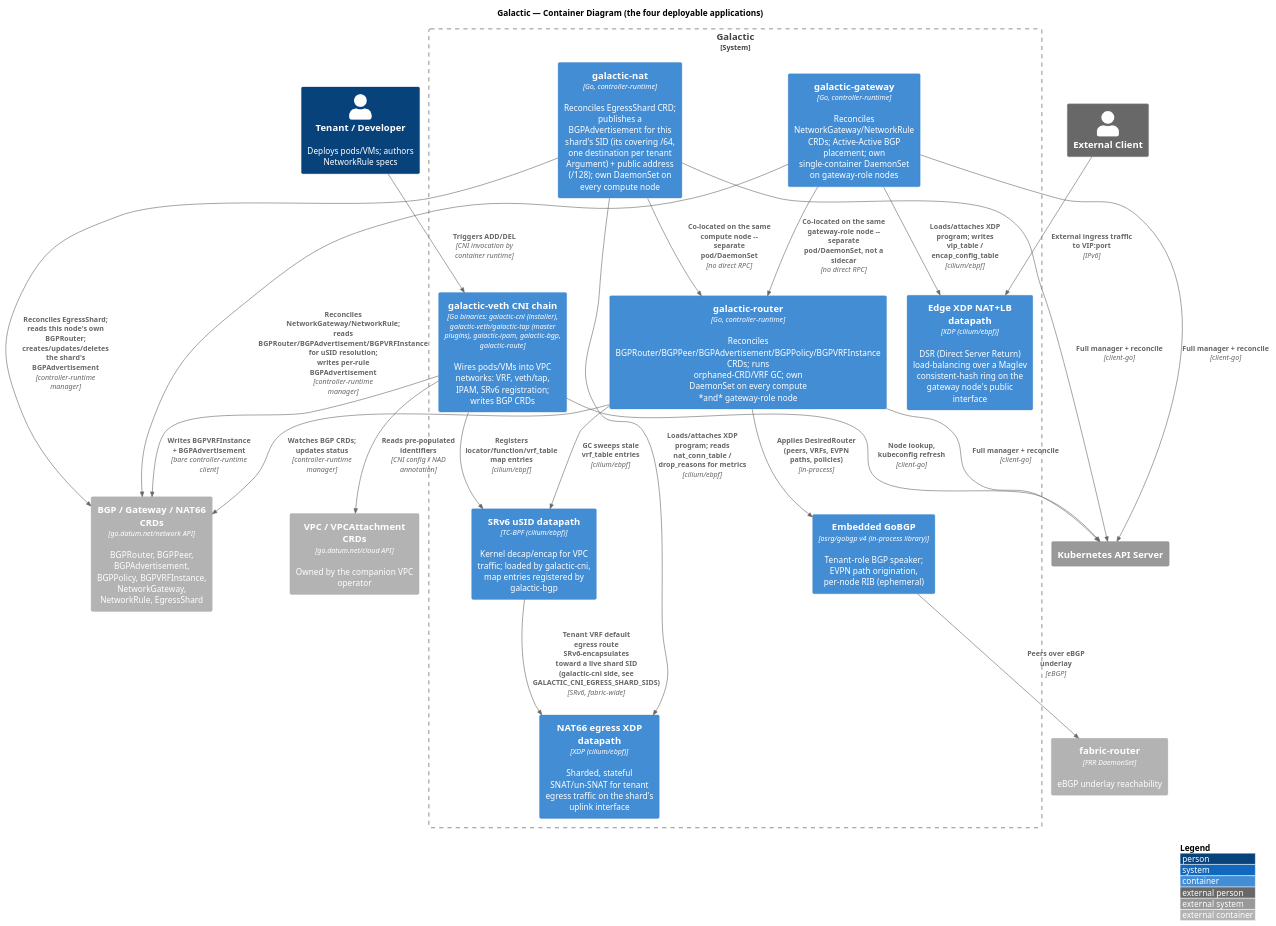
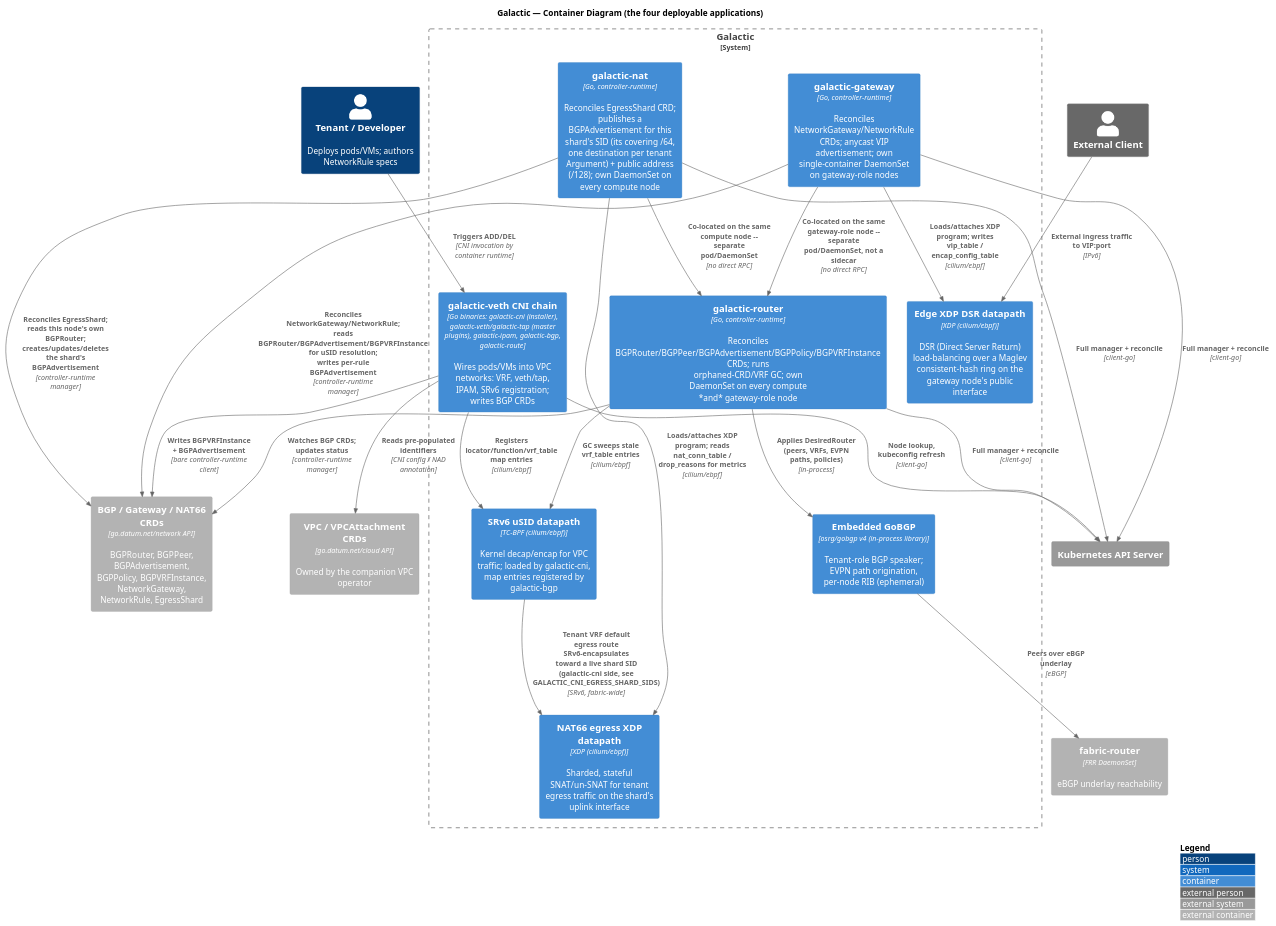
Before and after one commit to datum-cloud/galactic: the diagram in docs/architecture/containers.puml, drawn with PlantUML. The commit also changed 12 other files, not shown here.

First line of the commit message:
docs(gateway): Finish removing Full-NAT references

```diff
--- a/docs/architecture/containers.puml
+++ b/docs/architecture/containers.puml
@@ -1,59 +1,59 @@
 @startuml containers
 !include https://raw.githubusercontent.com/plantuml-stdlib/C4-PlantUML/master/C4_Container.puml
 
 LAYOUT_WITH_LEGEND()
 
 title Galactic — Container Diagram (the four deployable applications)
 
 Person(tenant, "Tenant / Developer", "Deploys pods/VMs; authors NetworkRule specs")
 Person_Ext(client, "External Client")
 
 System_Boundary(galactic, "Galactic") {
     Container(cnichain, "galactic-veth CNI chain", "Go binaries: galactic-cni (installer), galactic-veth/galactic-tap (master plugins), galactic-ipam, galactic-bgp, galactic-route", "Wires pods/VMs into VPC networks: VRF, veth/tap, IPAM, SRv6 registration; writes BGP CRDs")
     Container(usidbpf, "SRv6 uSID datapath", "TC-BPF (cilium/ebpf)", "Kernel decap/encap for VPC traffic; loaded by galactic-cni, map entries registered by galactic-bgp")
 
     Container(router, "galactic-router", "Go, controller-runtime", "Reconciles BGPRouter/BGPPeer/BGPAdvertisement/BGPPolicy/BGPVRFInstance CRDs; runs orphaned-CRD/VRF GC; own DaemonSet on every compute *and* gateway-role node")
     Container(gobgp, "Embedded GoBGP", "osrg/gobgp v4 (in-process library)", "Tenant-role BGP speaker; EVPN path origination, per-node RIB (ephemeral)")
 
-    Container(gateway, "galactic-gateway", "Go, controller-runtime", "Reconciles NetworkGateway/NetworkRule CRDs; Active-Active BGP placement; own single-container DaemonSet on gateway-role nodes")
-    Container(edgebpf, "Edge XDP NAT+LB datapath", "XDP (cilium/ebpf)", "DSR (Direct Server Return) load-balancing over a Maglev consistent-hash ring on the gateway node's public interface")
+    Container(gateway, "galactic-gateway", "Go, controller-runtime", "Reconciles NetworkGateway/NetworkRule CRDs; anycast VIP advertisement; own single-container DaemonSet on gateway-role nodes")
+    Container(edgebpf, "Edge XDP DSR datapath", "XDP (cilium/ebpf)", "DSR (Direct Server Return) load-balancing over a Maglev consistent-hash ring on the gateway node's public interface")
 
     Container(nat66, "galactic-nat", "Go, controller-runtime", "Reconciles EgressShard CRD; publishes a BGPAdvertisement for this shard's SID (its covering /64, one destination per tenant Argument) + public address (/128); own DaemonSet on every compute node")
     Container(nat66bpf, "NAT66 egress XDP datapath", "XDP (cilium/ebpf)", "Sharded, stateful SNAT/un-SNAT for tenant egress traffic on the shard's uplink interface")
 }
 
 Container_Ext(crds, "BGP / Gateway / NAT66 CRDs", "go.datum.net/network API", "BGPRouter, BGPPeer, BGPAdvertisement, BGPPolicy, BGPVRFInstance, NetworkGateway, NetworkRule, EgressShard")
 Container_Ext(vpccrds, "VPC / VPCAttachment CRDs", "go.datum.net/cloud API", "Owned by the companion VPC operator")
 Container_Ext(fabric, "fabric-router", "FRR DaemonSet", "eBGP underlay reachability")
 System_Ext(k8sapi, "Kubernetes API Server")
 
 ' CNI chain internals
 Rel(tenant, cnichain, "Triggers ADD/DEL", "CNI invocation by container runtime")
 Rel(cnichain, vpccrds, "Reads pre-populated identifiers", "CNI config / NAD annotation")
 Rel(cnichain, crds, "Writes BGPVRFInstance + BGPAdvertisement", "bare controller-runtime client")
 Rel(cnichain, usidbpf, "Registers locator/function/vrf_table map entries", "cilium/ebpf")
 
 ' Router internals
 Rel(router, crds, "Watches BGP CRDs; updates status", "controller-runtime manager")
 Rel(router, gobgp, "Applies DesiredRouter (peers, VRFs, EVPN paths, policies)", "in-process")
 Rel(router, usidbpf, "GC sweeps stale vrf_table entries", "cilium/ebpf")
 Rel(gobgp, fabric, "Peers over eBGP underlay", "eBGP")
 
 ' Gateway internals
 Rel(gateway, crds, "Reconciles NetworkGateway/NetworkRule; reads BGPRouter/BGPAdvertisement/BGPVRFInstance for uSID resolution; writes per-rule BGPAdvertisement", "controller-runtime manager")
 Rel(gateway, edgebpf, "Loads/attaches XDP program; writes vip_table / encap_config_table", "cilium/ebpf")
 Rel(client, edgebpf, "External ingress traffic to VIP:port", "IPv6")
 Rel(gateway, router, "Co-located on the same gateway-role node -- separate pod/DaemonSet, not a sidecar", "no direct RPC")
 
 ' NAT66 internals
 Rel(nat66, crds, "Reconciles EgressShard; reads this node's own BGPRouter; creates/updates/deletes the shard's BGPAdvertisement", "controller-runtime manager")
 Rel(nat66, nat66bpf, "Loads/attaches XDP program; reads nat_conn_table / drop_reasons for metrics", "cilium/ebpf")
 Rel(usidbpf, nat66bpf, "Tenant VRF default egress route SRv6-encapsulates toward a live shard SID (galactic-cni side, see GALACTIC_CNI_EGRESS_SHARD_SIDS)", "SRv6, fabric-wide")
 Rel(nat66, router, "Co-located on the same compute node -- separate pod/DaemonSet", "no direct RPC")
 
 Rel(cnichain, k8sapi, "Node lookup, kubeconfig refresh", "client-go")
 Rel(router, k8sapi, "Full manager + reconcile", "client-go")
 Rel(gateway, k8sapi, "Full manager + reconcile", "client-go")
 Rel(nat66, k8sapi, "Full manager + reconcile", "client-go")
 
 @enduml
```
